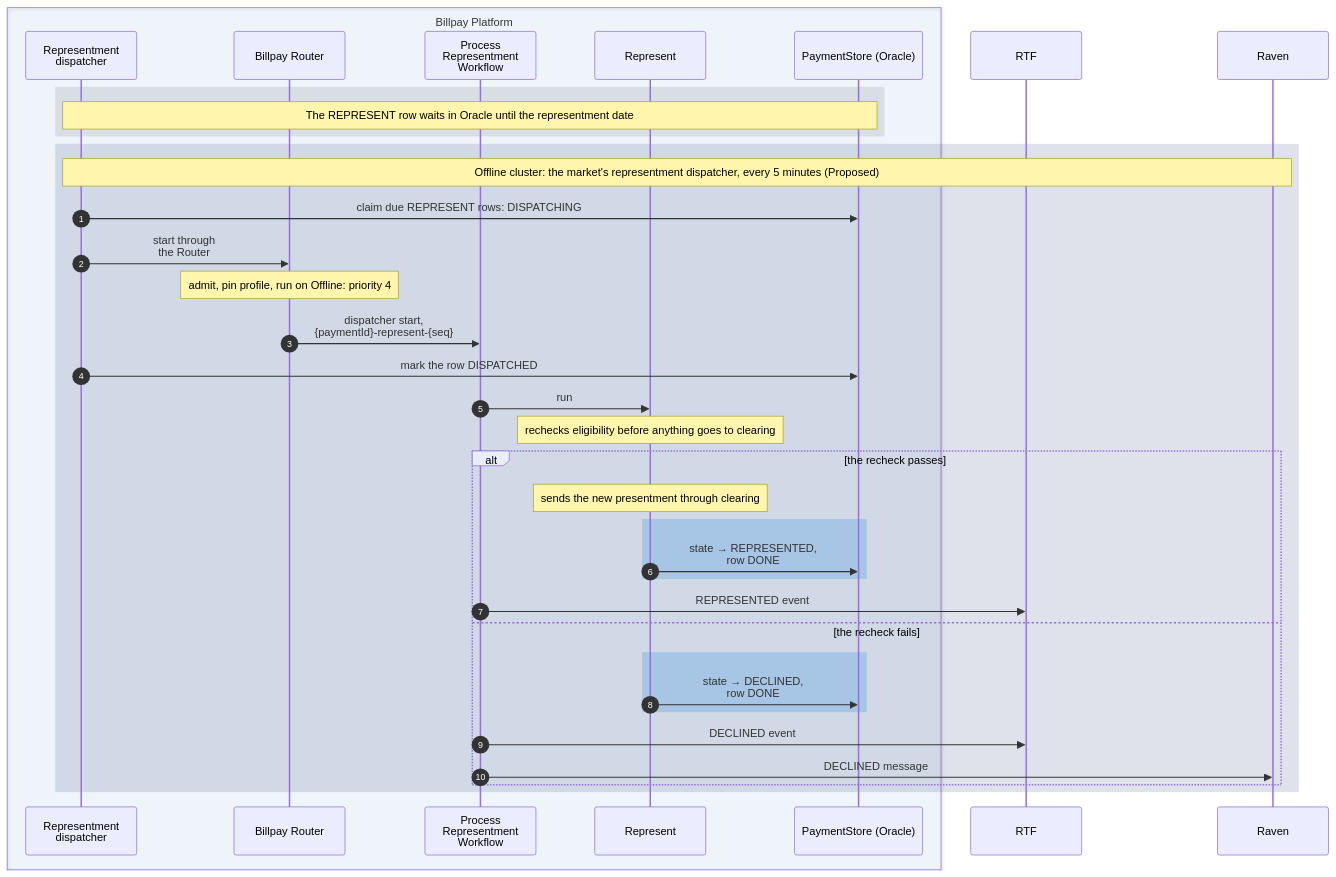
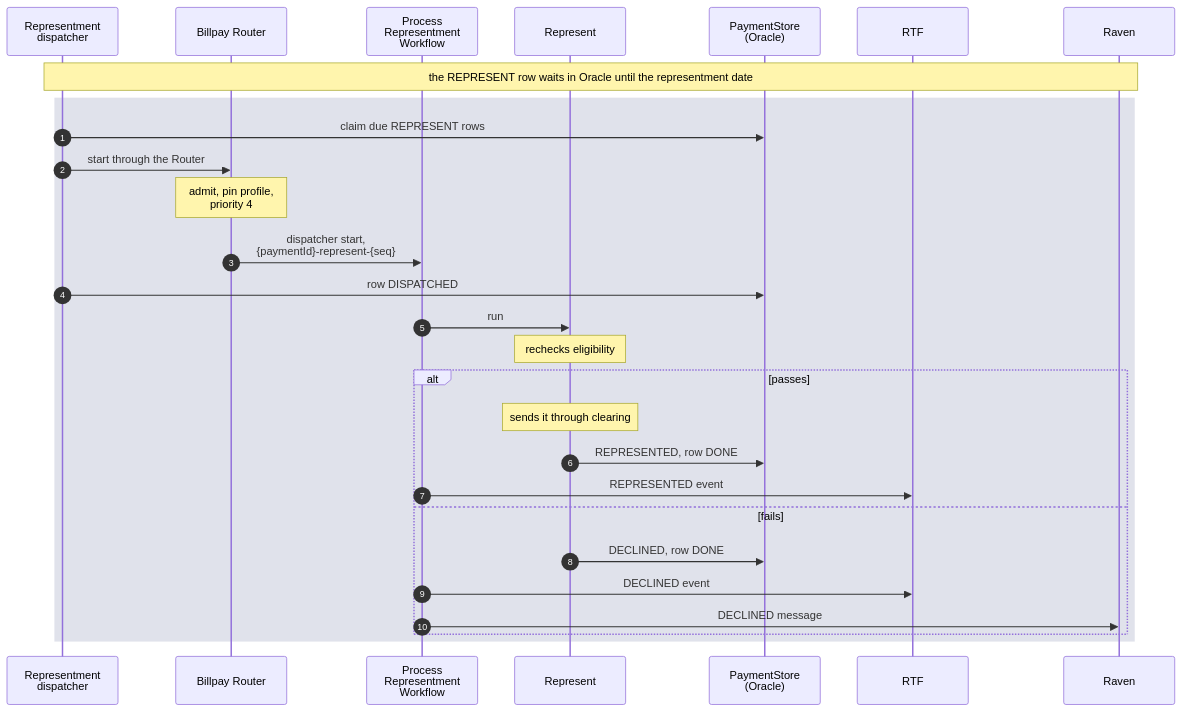
The eighth of 16 diagrams in website/docs/design/sequence-diagrams.md (arunav-bhattacharya/billpay-book), drawn with Mermaid before and after one commit. The commit also changed other lines of this file and 43 other files, not shown here.

First line of the commit message:
One sequence-diagram style; journeys editable as YAML

````diff
--- a/website/docs/design/sequence-diagrams.md
+++ b/website/docs/design/sequence-diagrams.md
@@ -563,50 +455,40 @@
 ```mermaid
 ---
 config:
   fontFamily: "BentonSansUI, Helvetica, Arial, sans-serif"
   fontSize: 15
 ---
 sequenceDiagram
   %% Pink arrows: something outside starts or resumes the payment.
   %% trigger: dispatcher start
   autonumber
 
-  box rgba(0,111,207,0.05) Billpay Platform
-    participant RPD as Representment<br/>dispatcher
-    participant R as Billpay Router
-    participant WF as Process<br/>Representment<br/>Workflow
-    participant REP as Represent
-    participant PS as PaymentStore (Oracle)
-  end
-
+  participant RPD as Representment<br/>dispatcher
+  participant R as Billpay Router
+  participant WF as Process<br/>Representment<br/>Workflow
+  participant REP as Represent
+  participant PS as PaymentStore<br/>(Oracle)
   participant RTF
   participant RAV as Raven
 
-  rect rgba(83,86,90,0.14)
-    Note over RPD,PS: The REPRESENT row waits in Oracle until the representment date
-  end
+  Note over RPD,RAV: the REPRESENT row waits in Oracle until the representment date
 
   rect rgba(0,23,90,0.12)
-    Note over RPD,RAV: Offline cluster: the market's representment dispatcher, every 5 minutes (Proposed)
-    RPD->>PS: claim due REPRESENT rows: DISPATCHING
-    RPD->>R: start through<br/>the Router
-    Note over R: admit, pin profile, run on Offline: priority 4
+    RPD->>PS: claim due REPRESENT rows
+    RPD->>R: start through the Router
+    Note over R: admit, pin profile,<br/>priority 4
     R->>WF: dispatcher start,<br/>{paymentId}-represent-{seq}
-    RPD->>PS: mark the row DISPATCHED
+    RPD->>PS: row DISPATCHED
     WF->>REP: run
-    Note over REP: rechecks eligibility before anything goes to clearing
-    alt the recheck passes
-      Note over REP: sends the new presentment through clearing
-      rect rgba(102,169,226,0.40)
-        REP->>PS: state → REPRESENTED,<br/>row DONE
-      end
+    Note over REP: rechecks eligibility
+    alt passes
+      Note over REP: sends it through clearing
+      REP->>PS: REPRESENTED, row DONE
       WF->>RTF: REPRESENTED event
-    else the recheck fails
-      rect rgba(102,169,226,0.40)
-        REP->>PS: state → DECLINED,<br/>row DONE
-      end
+    else fails
+      REP->>PS: DECLINED, row DONE
       WF->>RTF: DECLINED event
       WF->>RAV: DECLINED message
     end
   end
 ```
````
